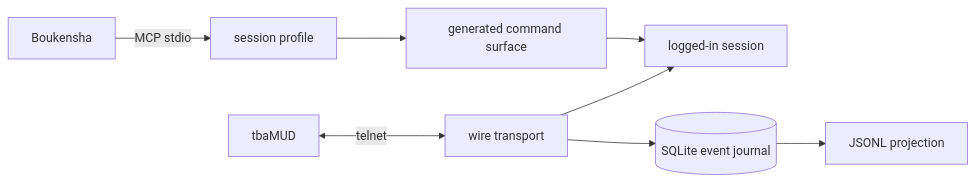
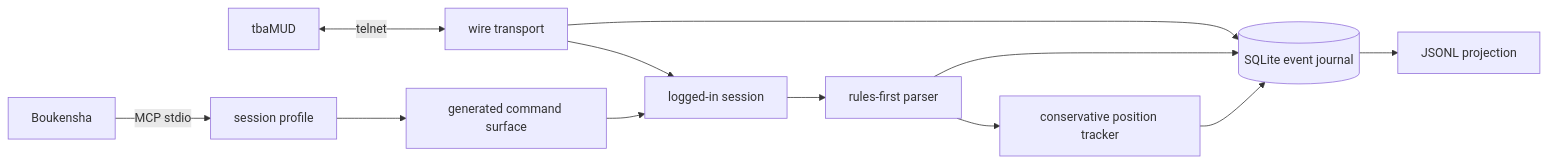
Before and after one commit to IbnouT/claude-code-camp-2026-Q2: the diagram in week2_capable/gateway/README.md, drawn with Mermaid. The commit also changed other lines of this file and 9 other files, not shown here.

````diff
--- a/week2_capable/gateway/README.md
+++ b/week2_capable/gateway/README.md
@@ -6,10 +7,14 @@
 ```mermaid
 flowchart LR
     G["tbaMUD"] <-- telnet --> W["wire transport"]
     W --> S["logged-in session"]
     W --> J[("SQLite event journal")]
+    S --> O["rules-first parser"]
+    O --> T["conservative position tracker"]
+    O --> J
+    T --> J
     J --> X["JSONL projection"]
     A["Boukensha"] -- MCP stdio --> P["session profile"]
     P --> M["generated command surface"]
     M --> S
 ```
````
